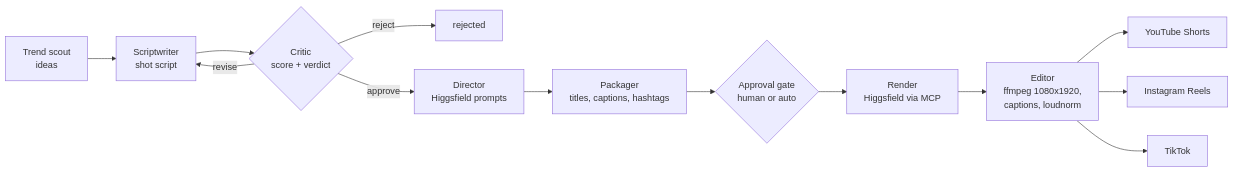
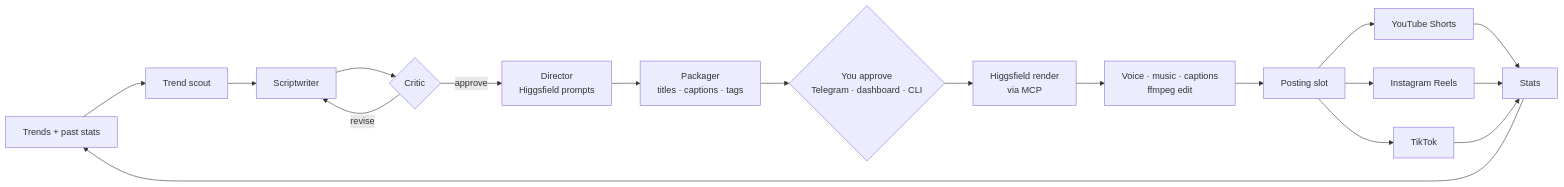
One commit to AliHamed17/Video-workflow- changed the diagram in README.md. Above: the diagram before and after it, drawn with Mermaid. The commit also changed other lines of this file and 55 other files, not shown here.

````diff
--- a/README.md
+++ b/README.md
@@ -20,15 +28,15 @@
 ```mermaid
 flowchart LR
-    A[Trend scout<br/>ideas] --> B[Scriptwriter<br/>shot script]
-    B --> C{Critic<br/>score + verdict}
+    T[Trends + past stats] --> A[Trend scout]
+    A --> B[Scriptwriter]
+    B --> C{Critic}
     C -- revise --> B
-    C -- reject --> X[rejected]
     C -- approve --> D[Director<br/>Higgsfield prompts]
-    D --> E[Packager<br/>titles, captions, hashtags]
-    E --> G{Approval gate<br/>human or auto}
-    G --> R[Render<br/>Higgsfield via MCP]
-    R --> V[Editor<br/>ffmpeg 1080x1920,<br/>captions, loudnorm]
-    V --> P1[YouTube Shorts]
-    V --> P2[Instagram Reels]
-    V --> P3[TikTok]
+    D --> E[Packager<br/>titles · captions · tags]
+    E --> G{You approve<br/>Telegram · dashboard · CLI}
+    G --> R[Higgsfield render<br/>via MCP]
+    R --> V[Voice · music · captions<br/>ffmpeg edit]
+    V --> S[Posting slot]
+    S --> P1[YouTube Shorts] & P2[Instagram Reels] & P3[TikTok]
+    P1 & P2 & P3 --> M[Stats] --> T
 ```
````
